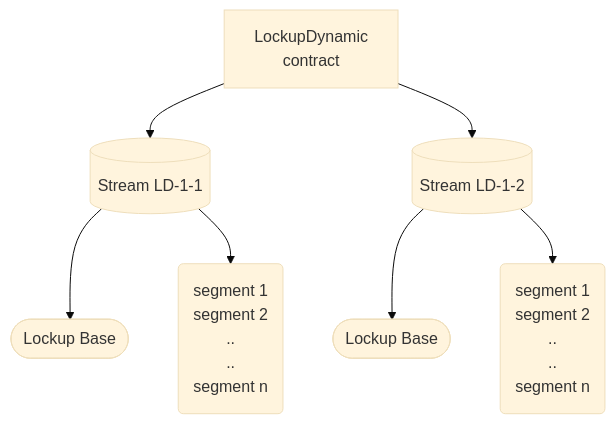
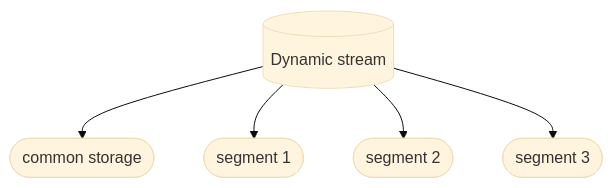
The fourth of 7 diagrams in docs/reference/lockup/01-diagrams.md (sablier-labs/docs), drawn with Mermaid (base theme) before and after one commit. The commit also changed other lines of this file and 260 other files, not shown here.

First line of the commit message:
refactor docs for Lockup v2.0, Flow v1.1 and Airdrops v1.3 (#238)

````diff
--- a/docs/reference/lockup/01-diagrams.md
+++ b/docs/reference/lockup/01-diagrams.md
@@ -79,28 +82,13 @@
 ```mermaid
 flowchart TD;
-  C["LockupDynamic\ncontract"];
+  L[(Dynamic stream)];
 
-  S0[(Stream LD-1-1)];
-  P0([Lockup Base]);
-  segments0(segment 1
-            segment 2
-            ..
-            ..
-            segment n
-            );
-  S0 --> P0;
-  S0 --> segments0;
-  C --> S0;
-
-  S1[(Stream LD-1-2)];
-  P2([Lockup Base]);
-  segments1(segment 1
-            segment 2
-            ..
-            ..
-            segment n
-          );
-  S1 --> P2;
-  S1 --> segments1;
-  C --> S1;
+  S0([common storage])
+  S1([segment 1])
+  S2([segment 2])
+  S3([segment 3])
+  L --> S0;
+  L --> S1;
+  L --> S2;
+  L --> S3;
 ```
````
